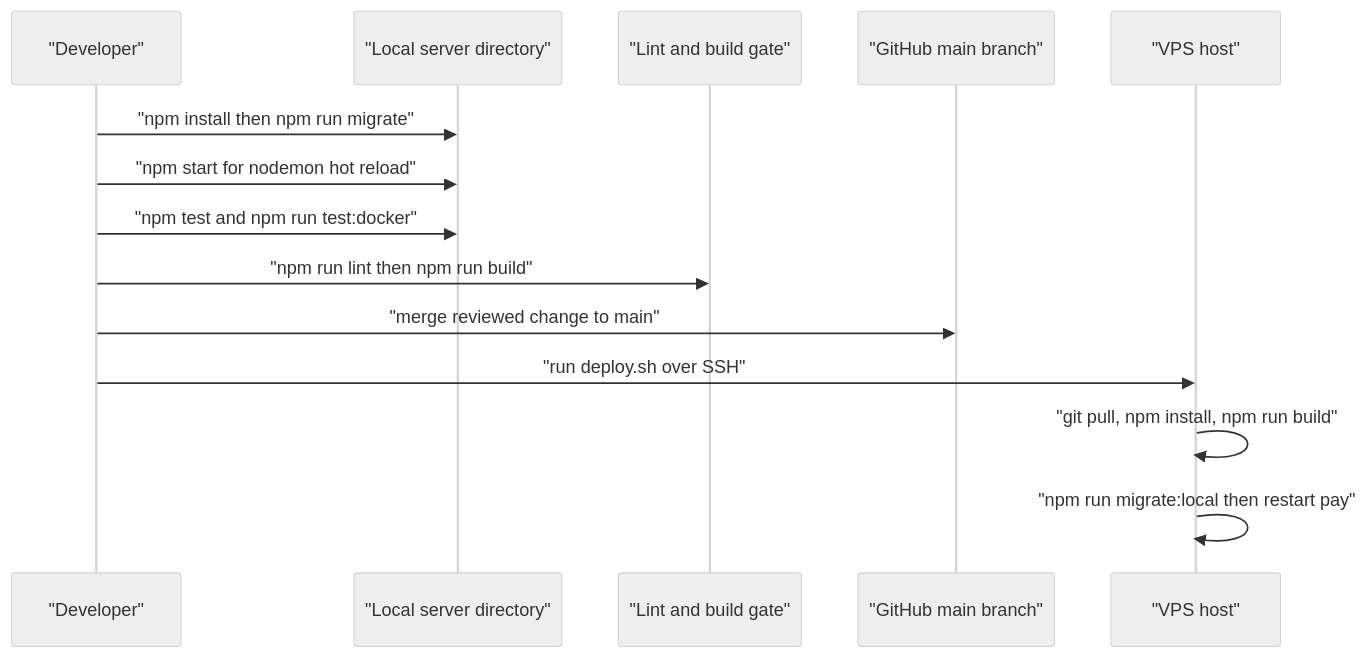
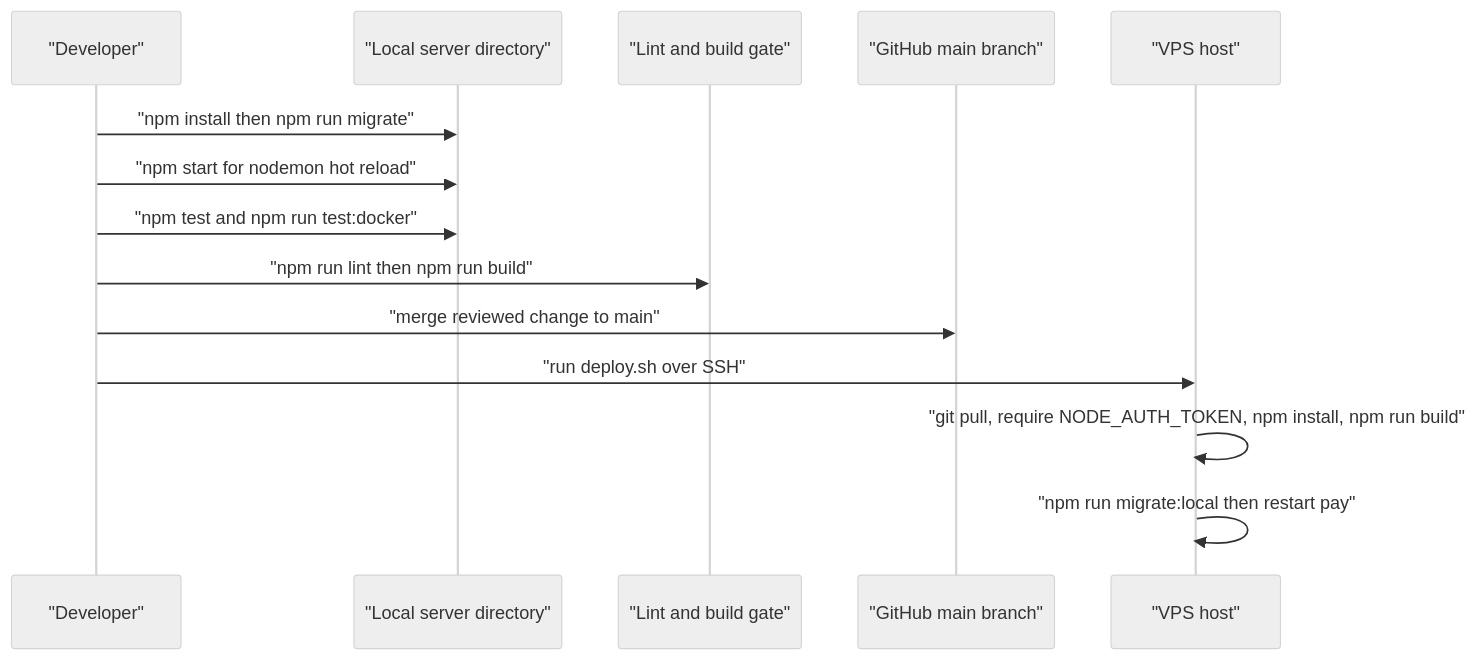
The diagram in content/repos/Jeffrey-Keyser-pay/Iteration-Loop.md (Jeffrey-Keyser/project-wiki), drawn with Mermaid (neutral theme) before and after one commit. The commit also changed other lines of this file and 4 other files, not shown here.

````diff
--- a/content/repos/Jeffrey-Keyser-pay/Iteration-Loop.md
+++ b/content/repos/Jeffrey-Keyser-pay/Iteration-Loop.md
@@ -10,16 +10,16 @@
 ```mermaid
 sequenceDiagram
   participant Dev as "Developer"
   participant Local as "Local server directory"
   participant Gate as "Lint and build gate"
   participant Git as "GitHub main branch"
   participant Host as "VPS host"
   Dev->>Local: "npm install then npm run migrate"
   Dev->>Local: "npm start for nodemon hot reload"
   Dev->>Local: "npm test and npm run test:docker"
   Dev->>Gate: "npm run lint then npm run build"
   Dev->>Git: "merge reviewed change to main"
   Dev->>Host: "run deploy.sh over SSH"
-  Host->>Host: "git pull, npm install, npm run build"
+  Host->>Host: "git pull, require NODE_AUTH_TOKEN, npm install, npm run build"
   Host->>Host: "npm run migrate:local then restart pay"
 ```
````
